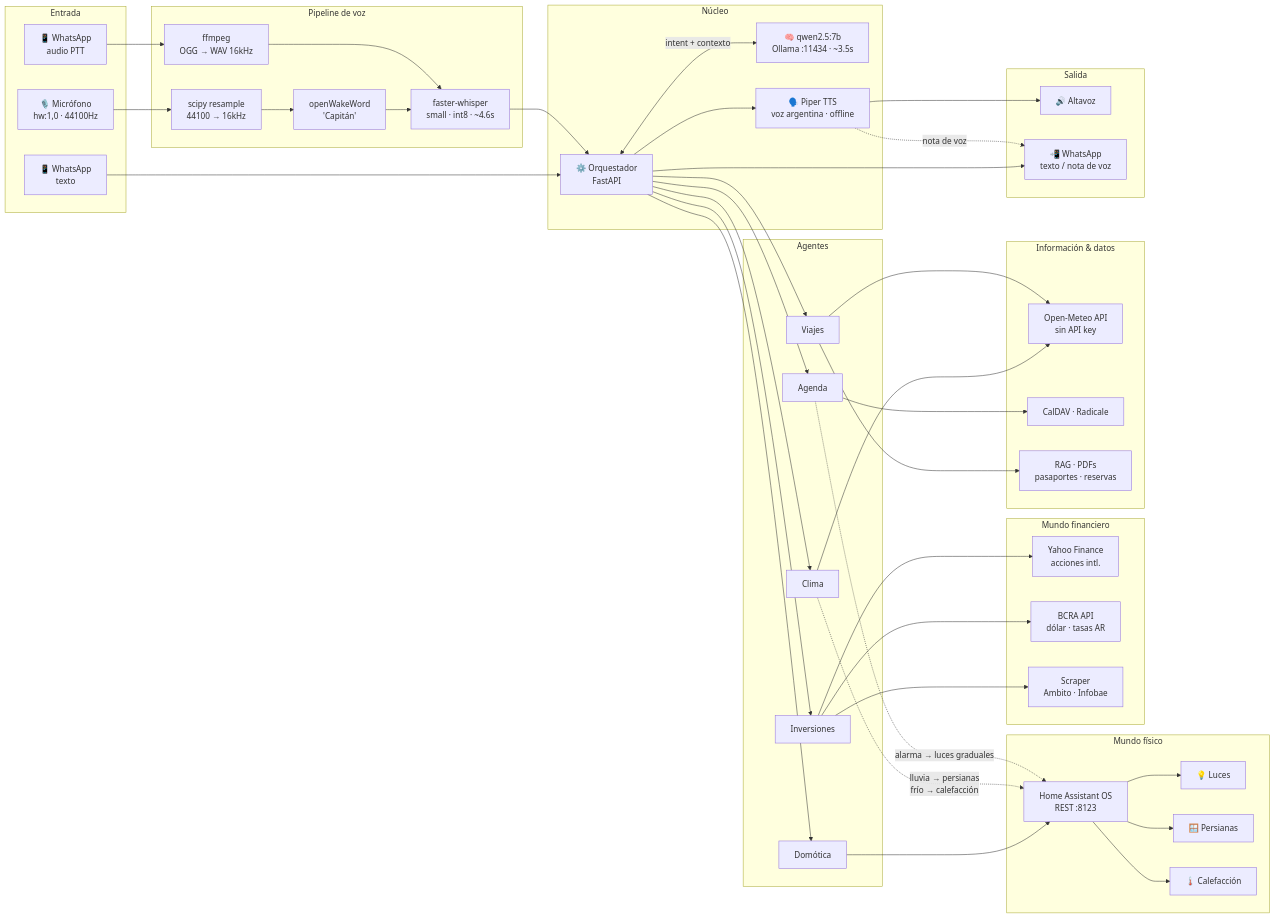
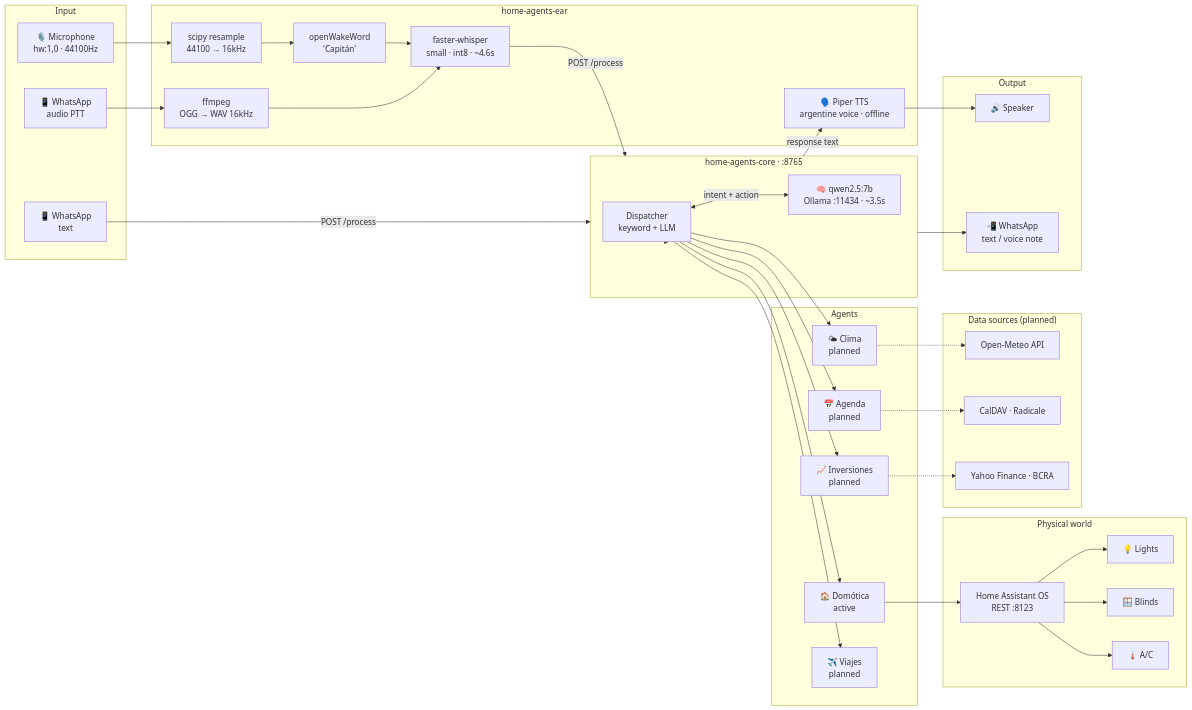
One commit to mblasi/home-agents changed the diagram in README.md. Above: the diagram before and after it, drawn with Mermaid. The commit also changed other lines of this file, not shown here.

````diff
--- a/README.md
+++ b/README.md
@@ -31,78 +38,64 @@
 ```mermaid
 graph LR
-    subgraph IN["Entrada"]
-        MIC["🎙️ Micrófono\nhw:1,0 · 44100Hz"]
+    subgraph IN["Input"]
+        MIC["🎙️ Microphone\nhw:1,0 · 44100Hz"]
         WA_A["📱 WhatsApp\naudio PTT"]
-        WA_T["📱 WhatsApp\ntexto"]
+        WA_T["📱 WhatsApp\ntext"]
     end
 
-    subgraph AUDIO["Pipeline de voz"]
+    subgraph EAR["home-agents-ear"]
         RS["scipy resample\n44100 → 16kHz"]
         WW["openWakeWord\n'Capitán'"]
         STT["faster-whisper\nsmall · int8 · ~4.6s"]
+        TTS["🗣️ Piper TTS\nargentine voice · offline"]
         OGG["ffmpeg\nOGG → WAV 16kHz"]
     end
 
-    subgraph CORE["Núcleo"]
-        ORCH["⚙️ Orquestador\nFastAPI"]
+    subgraph CORE["home-agents-core · :8765"]
+        DISP["Dispatcher\nkeyword + LLM"]
         LLM["🧠 qwen2.5:7b\nOllama :11434 · ~3.5s"]
-        TTS["🗣️ Piper TTS\nvoz argentina · offline"]
     end
 
-    subgraph AGENTS["Agentes"]
-        A1["Domótica"]
-        A2["Clima"]
-        A3["Agenda"]
-        A4["Inversiones"]
-        A5["Viajes"]
+    subgraph AGENTS["Agents"]
+        A1["🏠 Domótica\nactive"]
+        A2["🌤 Clima\nplanned"]
+        A3["📅 Agenda\nplanned"]
+        A4["📈 Inversiones\nplanned"]
+        A5["✈️ Viajes\nplanned"]
     end
 
-    subgraph FISICO["Mundo físico"]
+    subgraph PHYSICAL["Physical world"]
         HAOS["Home Assistant OS\nREST :8123"]
-        D1["💡 Luces"]
-        D2["🪟 Persianas"]
-        D3["🌡️ Calefacción"]
+        D1["💡 Lights"]
+        D2["🪟 Blinds"]
+        D3["🌡️ A/C"]
     end
 
-    subgraph FIN["Mundo financiero"]
-        YF["Yahoo Finance\nacciones intl."]
-        BCRA["BCRA API\ndólar · tasas AR"]
-        SC["Scraper\nAmbito · Infobae"]
+    subgraph INFO["Data sources (planned)"]
+        OM["Open-Meteo API"]
+        CD["CalDAV · Radicale"]
+        YF["Yahoo Finance · BCRA"]
     end
 
-    subgraph INFO["Información & datos"]
-        OM["Open-Meteo API\nsin API key"]
-        CD["CalDAV · Radicale"]
-        RAG["RAG · PDFs\npasaportes · reservas"]
-    end
-
-    subgraph OUT["Salida"]
-        SP["🔊 Altavoz"]
-        WA_R["📲 WhatsApp\ntexto / nota de voz"]
+    subgraph OUT["Output"]
+        SP["🔊 Speaker"]
+        WA_R["📲 WhatsApp\ntext / voice note"]
     end
 
     MIC --> RS --> WW --> STT
     WA_A --> OGG --> STT
-    WA_T --> ORCH
-    STT --> ORCH
+    WA_T -->|"POST /process"| CORE
+    STT -->|"POST /process"| CORE
 
-    ORCH <-->|"intent + contexto"| LLM
-    ORCH --> A1 & A2 & A3 & A4 & A5
+    CORE --> DISP
+    DISP <-->|"intent + action"| LLM
+    DISP --> A1 & A2 & A3 & A4 & A5
 
     A1 --> HAOS --> D1 & D2 & D3
+    A2 -.-> OM
+    A3 -.-> CD
+    A4 -.-> YF
 
-    A2 --> OM
-    A2 -.->|"lluvia → persianas\nfrío → calefacción"| HAOS
-
-    A3 --> CD
-    A3 -.->|"alarma → luces graduales"| HAOS
-
-    A4 --> YF & BCRA & SC
-
-    A5 --> RAG
-    A5 --> OM
-
-    ORCH --> TTS --> SP
-    ORCH --> WA_R
-    TTS -.->|nota de voz| WA_R
+    CORE -->|"response text"| TTS --> SP
+    CORE --> WA_R
 ```
````
